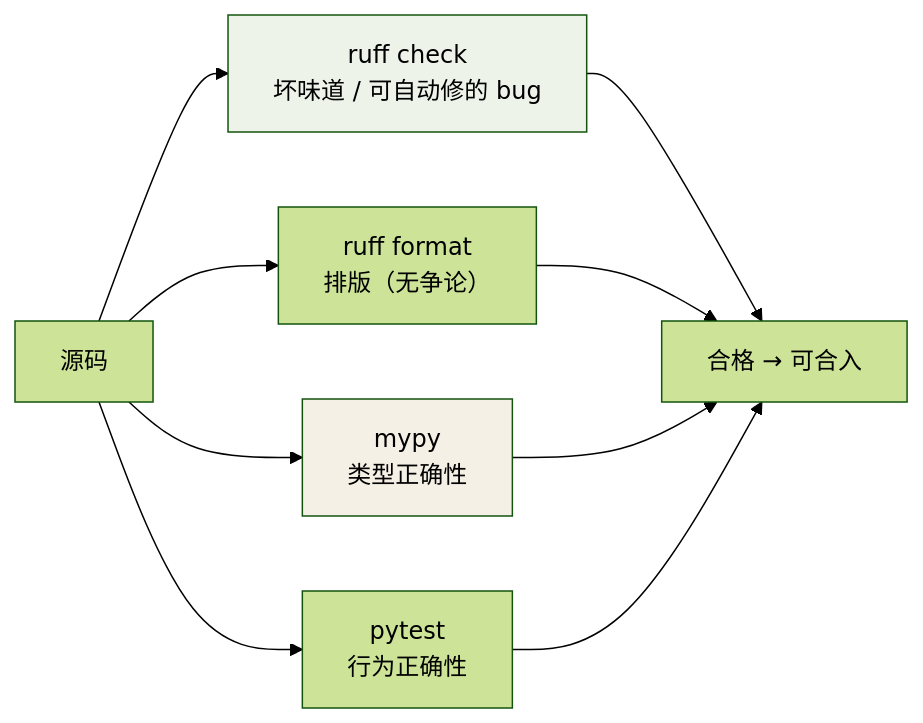
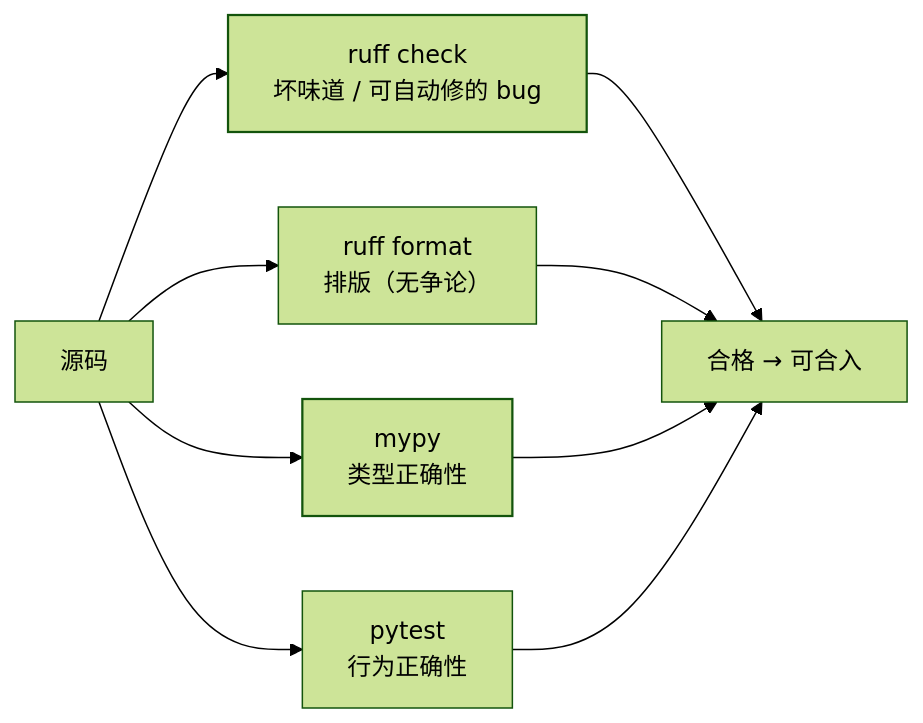
One commit to Loadhao/ascension changed the diagram in src/content/docs/python/advanced/eng/03-ruff-mypy.md. Above: the diagram before and after it, drawn with Mermaid (forest theme). The commit also changed 87 other files, not shown here.

First line of the commit message:
fix: 全站图表配色改由主题接管，修复暗色主题下浅底浅字看不清

````diff
--- a/src/content/docs/python/advanced/eng/03-ruff-mypy.md
+++ b/src/content/docs/python/advanced/eng/03-ruff-mypy.md
@@ -88,13 +88,15 @@
 ```mermaid
 flowchart LR
     SRC["源码"] --> L["ruff check<br/>坏味道 / 可自动修的 bug"]
     SRC --> F["ruff format<br/>排版（无争论）"]
     SRC --> T["mypy<br/>类型正确性"]
     SRC --> P["pytest<br/>行为正确性"]
     L --> OK["合格 → 可合入"]
     F --> OK
     T --> OK
     P --> OK
-    style L fill:#eef3ea
-    style T fill:#f5f0e6
+    class L good
+    class T hl
+    classDef good stroke-width:1.5px
+    classDef hl stroke-width:1.5px
 ```
````
